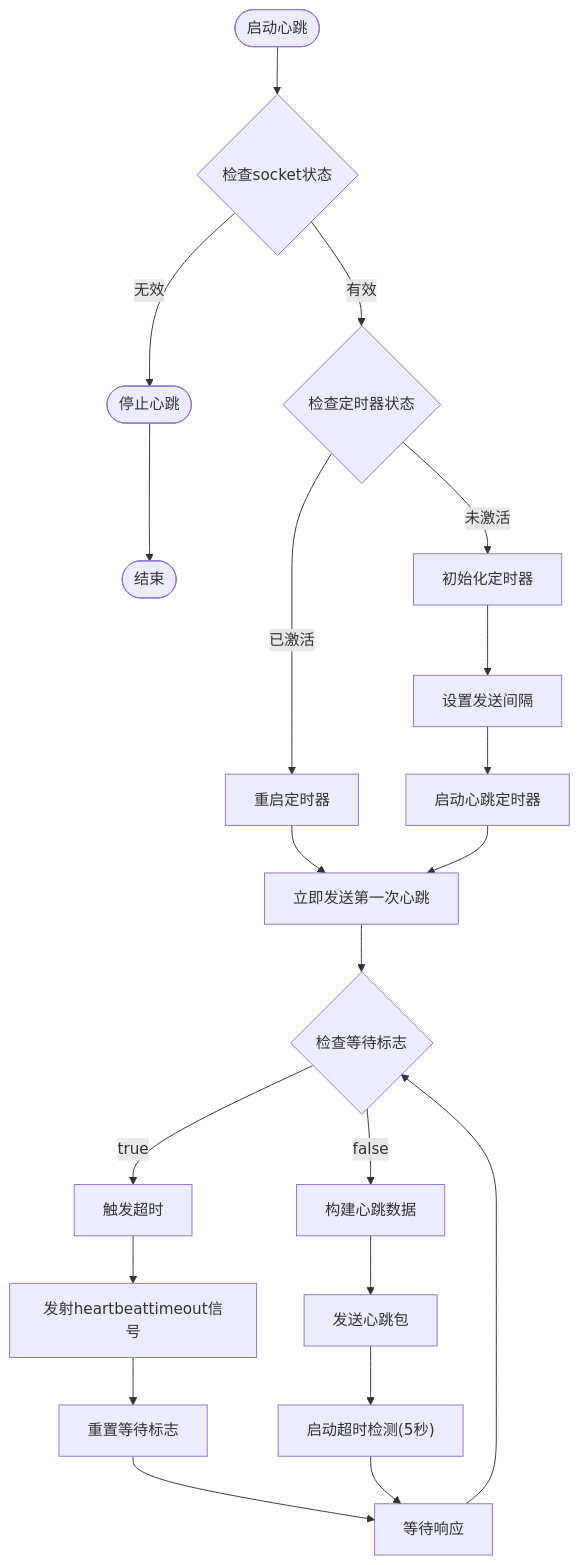
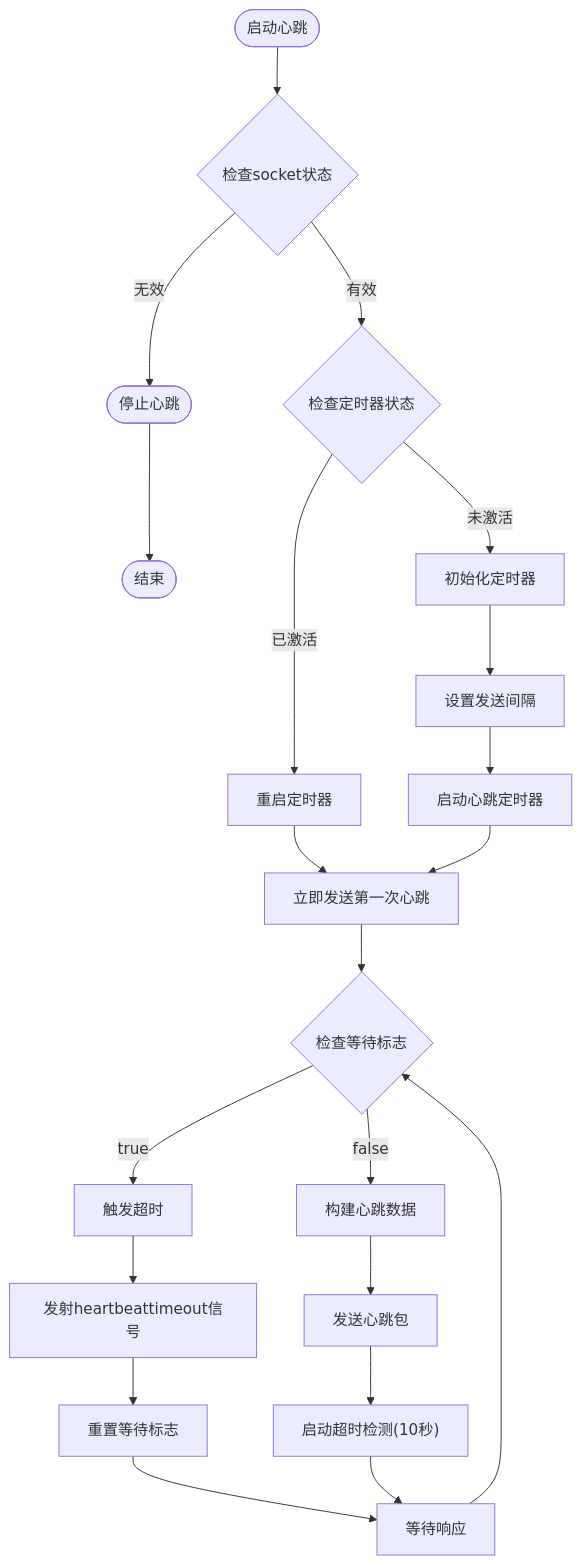
One commit to HeQiTZD/Triple-terminal-Attendance-Punching-System changed the fourth of 8 diagrams in .qoder/repowiki/zh/content/核心模块/网络客户端模块/心跳管理器.md. Above: the diagram before and after it, drawn with Mermaid. The commit also changed other lines of this file and 18 other files, not shown here.

````diff
--- a/.qoder/repowiki/zh/content/核心模块/网络客户端模块/心跳管理器.md
+++ b/.qoder/repowiki/zh/content/核心模块/网络客户端模块/心跳管理器.md
@@ -217,23 +216,23 @@
 ```mermaid
 flowchart TD
 Start([启动心跳]) --> CheckSocket{"检查socket状态"}
 CheckSocket --> |无效| Stop([停止心跳])
 CheckSocket --> |有效| CheckActive{"检查定时器状态"}
 CheckActive --> |已激活| Restart["重启定时器"]
 CheckActive --> |未激活| InitTimer["初始化定时器"]
 InitTimer --> SetInterval["设置发送间隔"]
 SetInterval --> StartTimer["启动心跳定时器"]
 StartTimer --> SendFirst["立即发送第一次心跳"]
 SendFirst --> CheckFlag{"检查等待标志"}
 CheckFlag --> |true| Timeout["触发超时"]
 CheckFlag --> |false| BuildData["构建心跳数据"]
 BuildData --> SendData["发送心跳包"]
-SendData --> StartTimeout["启动超时检测(5秒)"]
+SendData --> StartTimeout["启动超时检测(10秒)"]
 StartTimeout --> WaitResponse["等待响应"]
 WaitResponse --> CheckFlag
 Timeout --> EmitSignal["发射heartbeattimeout信号"]
 EmitSignal --> ResetFlag["重置等待标志"]
 ResetFlag --> WaitResponse
 Restart --> SendFirst
 Stop --> End([结束])
 ```
````
